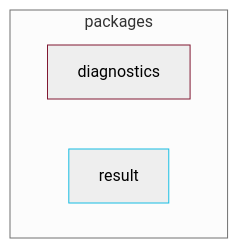
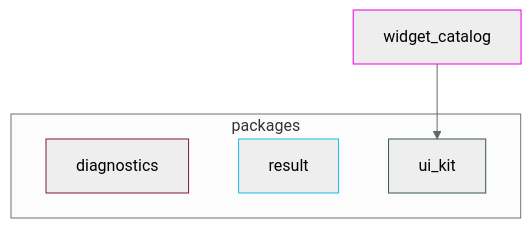
The diagram in docs/module-graph.md (ethicnology/flutter-template), drawn with Mermaid (neutral theme) before and after one commit. The commit also changed 16 other files, not shown here.

First line of the commit message:
feat: add the ui kit and its widgetbook catalog

````diff
--- a/docs/module-graph.md
+++ b/docs/module-graph.md
@@ -5,11 +5,17 @@
 ```mermaid
 graph TD
   diagnostics["diagnostics"]
   style diagnostics stroke:#811832
   result["result"]
   style result stroke:#17bde3
+  ui_kit["ui_kit"]
+  style ui_kit stroke:#375a43
+  widget_catalog["widget_catalog"]
+  style widget_catalog stroke:#ed01df
+  widget_catalog --> ui_kit
   subgraph packages0 ["packages"]
     diagnostics
     result
+    ui_kit
   end
 ```
````
